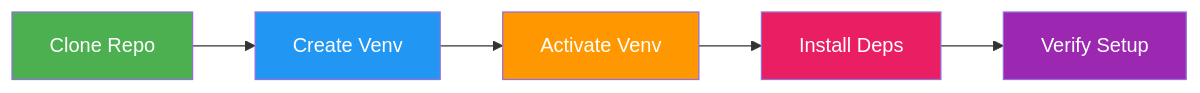
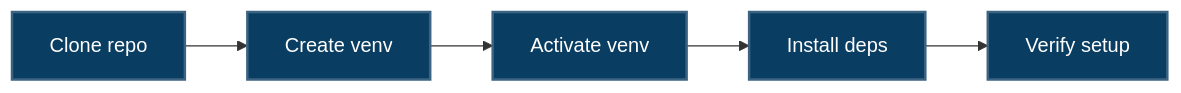
Before and after one commit to Surya-Hariharan/Velune-CLI: the diagram in CONTRIBUTING.md, drawn with Mermaid. The commit also changed other lines of this file and 15 other files, not shown here.

````diff
--- a/CONTRIBUTING.md
+++ b/CONTRIBUTING.md
@@ -27,13 +30,10 @@
 ```mermaid
 flowchart LR
-    A[Clone Repo] --> B[Create Venv]
-    B --> C[Activate Venv]
-    C --> D[Install Deps]
-    D --> E[Verify Setup]
-    
-    style A fill:#4CAF50,color:white
-    style B fill:#2196F3,color:white
-    style C fill:#FF9800,color:white
-    style D fill:#E91E63,color:white
-    style E fill:#9C27B0,color:white
+    A[Clone repo] --> B[Create venv]
+    B --> C[Activate venv]
+    C --> D[Install deps]
+    D --> E[Verify setup]
+
+    classDef step fill:#0a3d62,stroke:#3c6382,stroke-width:2px,color:#fff;
+    class A,B,C,D,E step;
 ```
````
